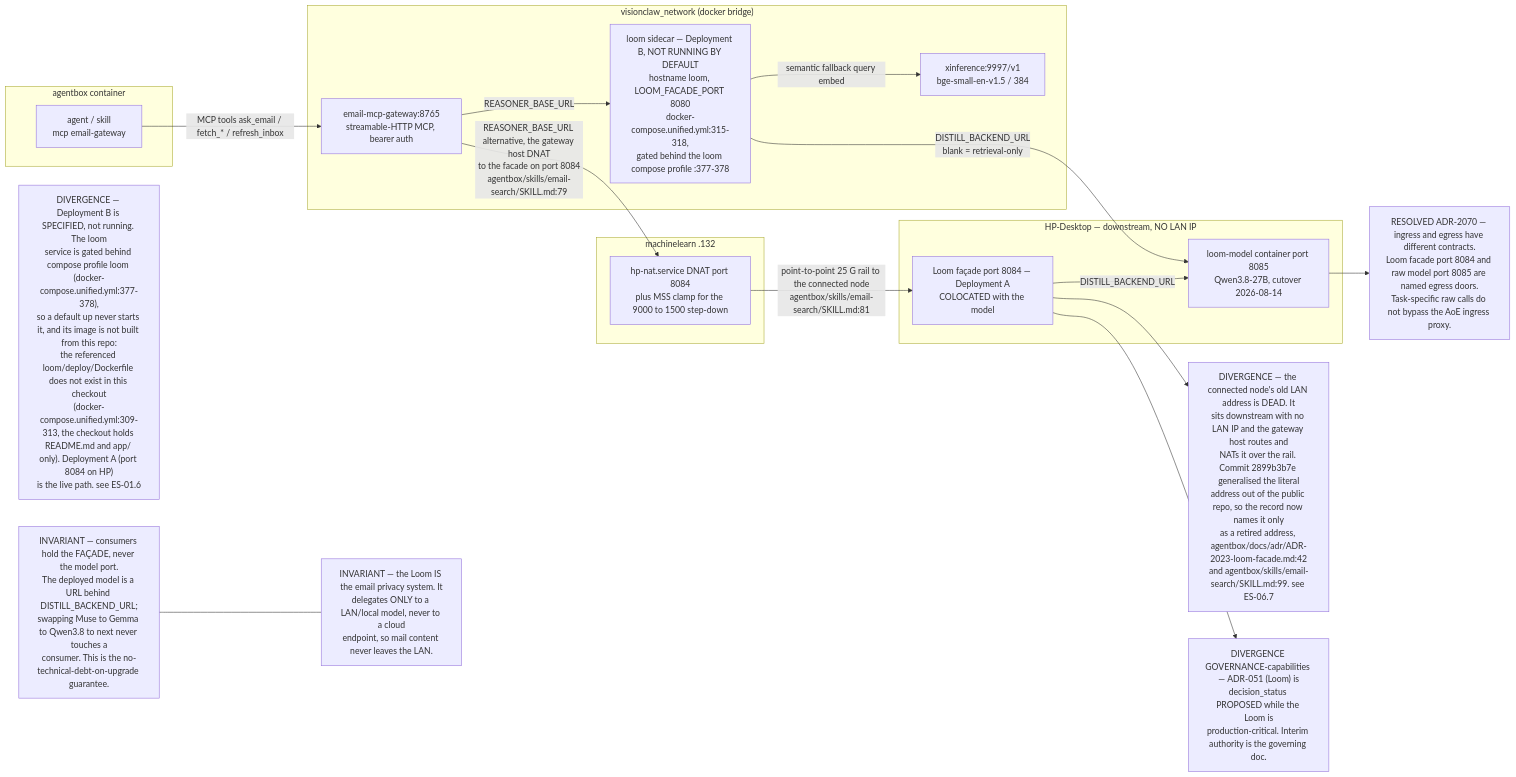
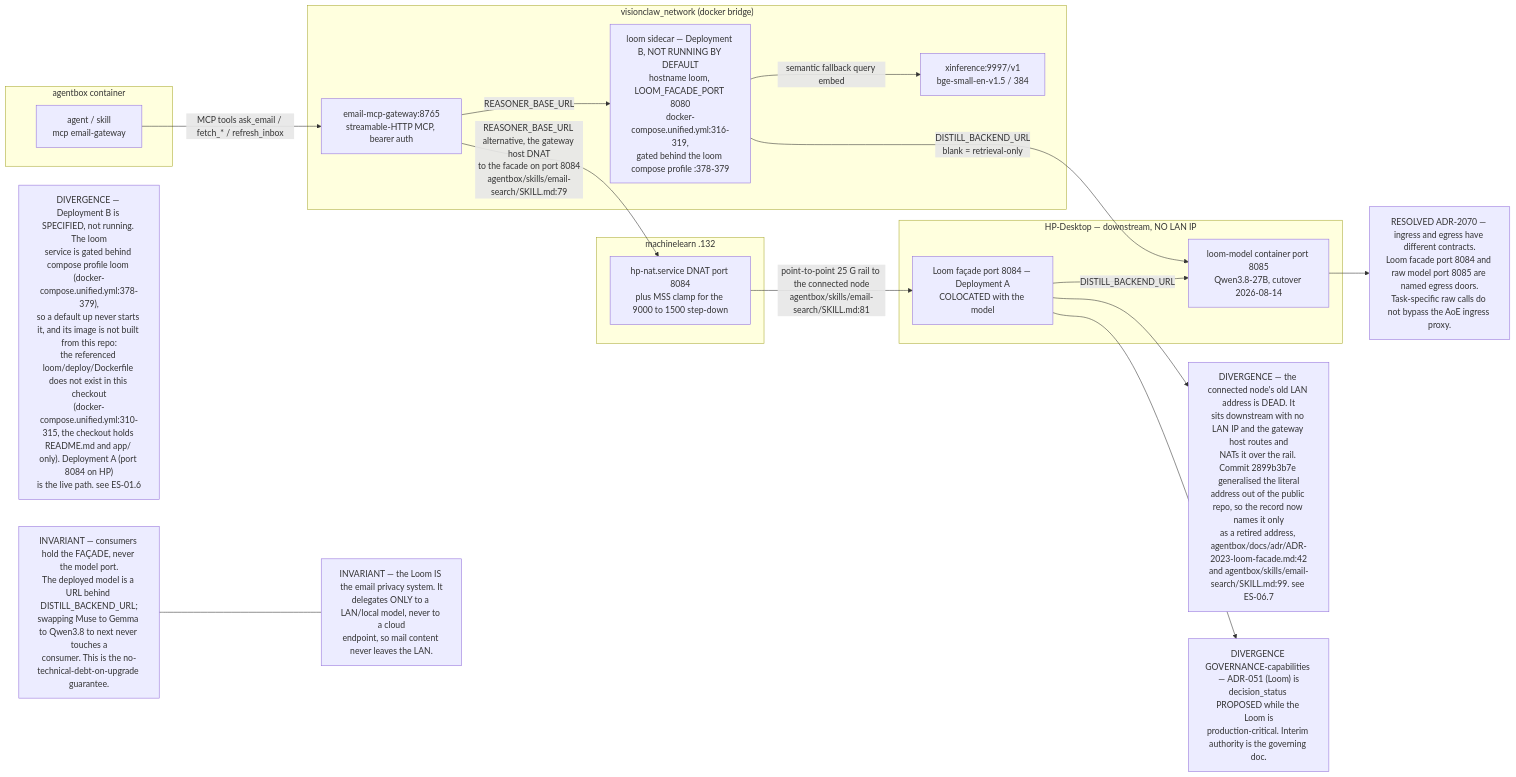
One commit to DreamLab-AI/VisionFlow changed the first of 11 diagrams in docs/diagrams/estate/06-loom-and-email-privacy-path.md. Above: the diagram before and after it, drawn with Mermaid. The commit also changed other lines of this file and 111 other files, not shown here.

Commit message:
docs(diagrams): align estate maps with current source

````diff
--- a/docs/diagrams/estate/06-loom-and-email-privacy-path.md
+++ b/docs/diagrams/estate/06-loom-and-email-privacy-path.md
@@ -26,38 +26,38 @@
 ```mermaid
 flowchart LR
     subgraph box["agentbox container"]
         AG["agent / skill<br/>mcp email-gateway"]
     end
     subgraph vcnet["visionclaw_network (docker bridge)"]
         GW["email-mcp-gateway:8765<br/>streamable-HTTP MCP, bearer auth"]
-        LOOMB["loom sidecar — Deployment B, NOT RUNNING BY DEFAULT<br/>hostname loom, LOOM_FACADE_PORT 8080<br/>docker-compose.unified.yml:315-318,<br/>gated behind the loom compose profile :377-378"]
+        LOOMB["loom sidecar — Deployment B, NOT RUNNING BY DEFAULT<br/>hostname loom, LOOM_FACADE_PORT 8080<br/>docker-compose.unified.yml:316-319,<br/>gated behind the loom compose profile :378-379"]
         XI["xinference:9997/v1<br/>bge-small-en-v1.5 / 384"]
     end
     subgraph ml["machinelearn .132"]
         DNAT["hp-nat.service DNAT port 8084<br/>plus MSS clamp for the 9000 to 1500 step-down"]
     end
     subgraph hp["HP-Desktop — downstream, NO LAN IP"]
         LOOMA["Loom façade port 8084 — Deployment A<br/>COLOCATED with the model"]
         MODEL["loom-model container port 8085<br/>Qwen3.8-27B, cutover 2026-08-14"]
     end
 
     AG -- "MCP tools ask_email / fetch_* / refresh_inbox" --> GW
     GW -- "REASONER_BASE_URL" --> LOOMB
     GW -- "REASONER_BASE_URL alternative, the gateway host DNAT<br/>to the facade on port 8084<br/>agentbox/skills/email-search/SKILL.md:79" --> DNAT
     DNAT -- "point-to-point 25 G rail to the connected node<br/>agentbox/skills/email-search/SKILL.md:81" --> LOOMA
     LOOMA -- "DISTILL_BACKEND_URL" --> MODEL
     LOOMB -- "DISTILL_BACKEND_URL<br/>blank = retrieval-only" --> MODEL
     LOOMB -- "semantic fallback query embed" --> XI
 
     INV1["INVARIANT — consumers hold the FAÇADE, never the model port.<br/>The deployed model is a URL behind DISTILL_BACKEND_URL;<br/>swapping Muse to Gemma to Qwen3.8 to next never touches a<br/>consumer. This is the no-technical-debt-on-upgrade guarantee."]
     INV2["INVARIANT — the Loom IS the email privacy system. It<br/>delegates ONLY to a LAN/local model, never to a cloud<br/>endpoint, so mail content never leaves the LAN."]
-    DIV0["DIVERGENCE — Deployment B is SPECIFIED, not running. The loom<br/>service is gated behind compose profile loom (docker-compose.unified.yml:377-378),<br/>so a default up never starts it, and its image is not built from this repo:<br/>the referenced loom/deploy/Dockerfile does not exist in this checkout<br/>(docker-compose.unified.yml:309-313, the checkout holds README.md and app/ only). Deployment A (port 8084 on HP)<br/>is the live path. see ES-01.6"]
+    DIV0["DIVERGENCE — Deployment B is SPECIFIED, not running. The loom<br/>service is gated behind compose profile loom (docker-compose.unified.yml:378-379),<br/>so a default up never starts it, and its image is not built from this repo:<br/>the referenced loom/deploy/Dockerfile does not exist in this checkout<br/>(docker-compose.unified.yml:310-315, the checkout holds README.md and app/ only). Deployment A (port 8084 on HP)<br/>is the live path. see ES-01.6"]
     DIV1["DIVERGENCE — the connected node's old LAN address is DEAD. It<br/>sits downstream with no LAN IP and the gateway host routes and<br/>NATs it over the rail. Commit 2899b3b7e generalised the literal<br/>address out of the public repo, so the record now names it only<br/>as a retired address, agentbox/docs/adr/ADR-2023-loom-facade.md:42<br/>and agentbox/skills/email-search/SKILL.md:99. see ES-06.7"]
     DIV2["DIVERGENCE GOVERNANCE-capabilities — ADR-051 (Loom) is<br/>decision_status PROPOSED while the Loom is<br/>production-critical. Interim authority is the governing doc."]
     DIV3["RESOLVED ADR-2070 — ingress and egress have different contracts.<br/>Loom facade port 8084 and raw model port 8085 are named egress doors.<br/>Task-specific raw calls do not bypass the AoE ingress proxy."]
 
     INV1 --- INV2
     LOOMA --> DIV1
     LOOMA --> DIV2
     MODEL --> DIV3
 ```
````
